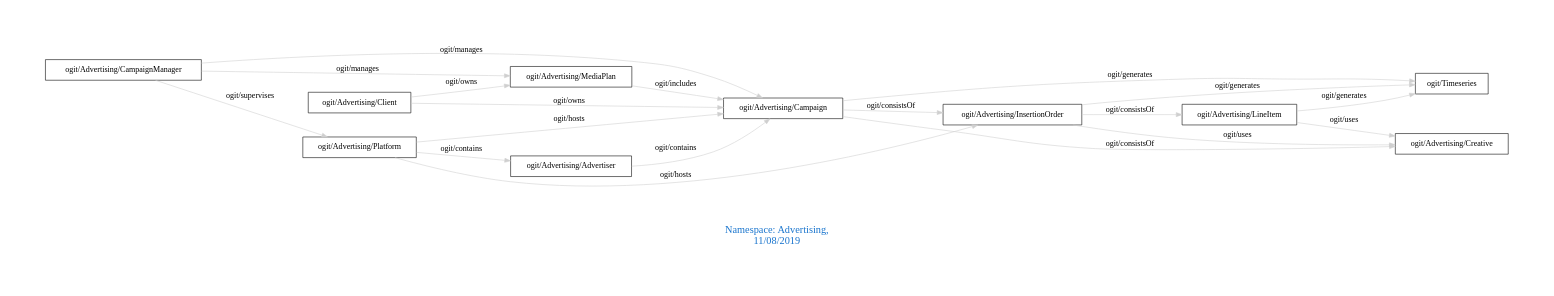
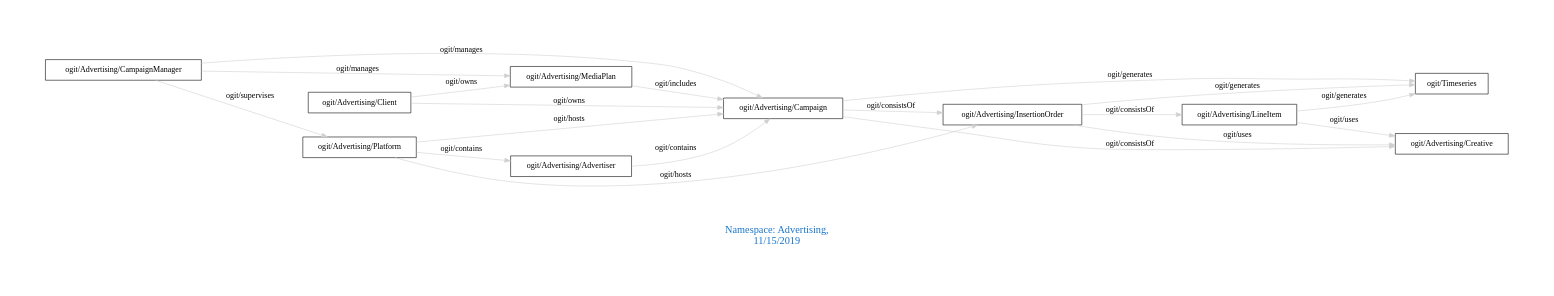
One commit to arago/OGIT changed the diagram in downloads/Advertising.dot. Above: the diagram before and after it, drawn with Graphviz. The commit also changed 1600 other files, not shown here.

```diff
--- a/downloads/Advertising.dot
+++ b/downloads/Advertising.dot
@@ -1,26 +1,26 @@
 digraph OGIT_ontology {
  graph [ rankdir= LR,pad=1 
 fontsize = 18,
-fontcolor= dodgerblue3,label = "\n\n\nNamespace: Advertising, \n 11/08/2019"];
+fontcolor= dodgerblue3,label = "\n\n\nNamespace: Advertising, \n 11/15/2019"];
 node[shape=polygon];
 edge [  color="gray81"];
 
    "ogit/Advertising/Advertiser" -> "ogit/Advertising/Campaign" [label="   ogit/contains    "];
    "ogit/Advertising/Platform" -> "ogit/Advertising/Advertiser" [label="   ogit/contains    "];
    "ogit/Advertising/CampaignManager" -> "ogit/Advertising/MediaPlan" [label="   ogit/manages    "];
    "ogit/Advertising/CampaignManager" -> "ogit/Advertising/Campaign" [label="   ogit/manages    "];
    "ogit/Advertising/Platform" -> "ogit/Advertising/Campaign" [label="   ogit/hosts    "];
    "ogit/Advertising/Platform" -> "ogit/Advertising/InsertionOrder" [label="   ogit/hosts    "];
    "ogit/Advertising/CampaignManager" -> "ogit/Advertising/Platform" [label="   ogit/supervises    "];
    "ogit/Advertising/Campaign" -> "ogit/Timeseries" [label="   ogit/generates    "];
    "ogit/Advertising/InsertionOrder" -> "ogit/Timeseries" [label="   ogit/generates    "];
    "ogit/Advertising/LineItem" -> "ogit/Timeseries" [label="   ogit/generates    "];
    "ogit/Advertising/MediaPlan" -> "ogit/Advertising/Campaign" [label="   ogit/includes    "];
    "ogit/Advertising/Client" -> "ogit/Advertising/MediaPlan" [label="   ogit/owns    "];
    "ogit/Advertising/Client" -> "ogit/Advertising/Campaign" [label="   ogit/owns    "];
    "ogit/Advertising/InsertionOrder" -> "ogit/Advertising/Creative" [label="   ogit/uses    "];
    "ogit/Advertising/LineItem" -> "ogit/Advertising/Creative" [label="   ogit/uses    "];
    "ogit/Advertising/Campaign" -> "ogit/Advertising/InsertionOrder" [label="   ogit/consistsOf    "];
    "ogit/Advertising/Campaign" -> "ogit/Advertising/Creative" [label="   ogit/consistsOf    "];
    "ogit/Advertising/InsertionOrder" -> "ogit/Advertising/LineItem" [label="   ogit/consistsOf    "];
 }
```
